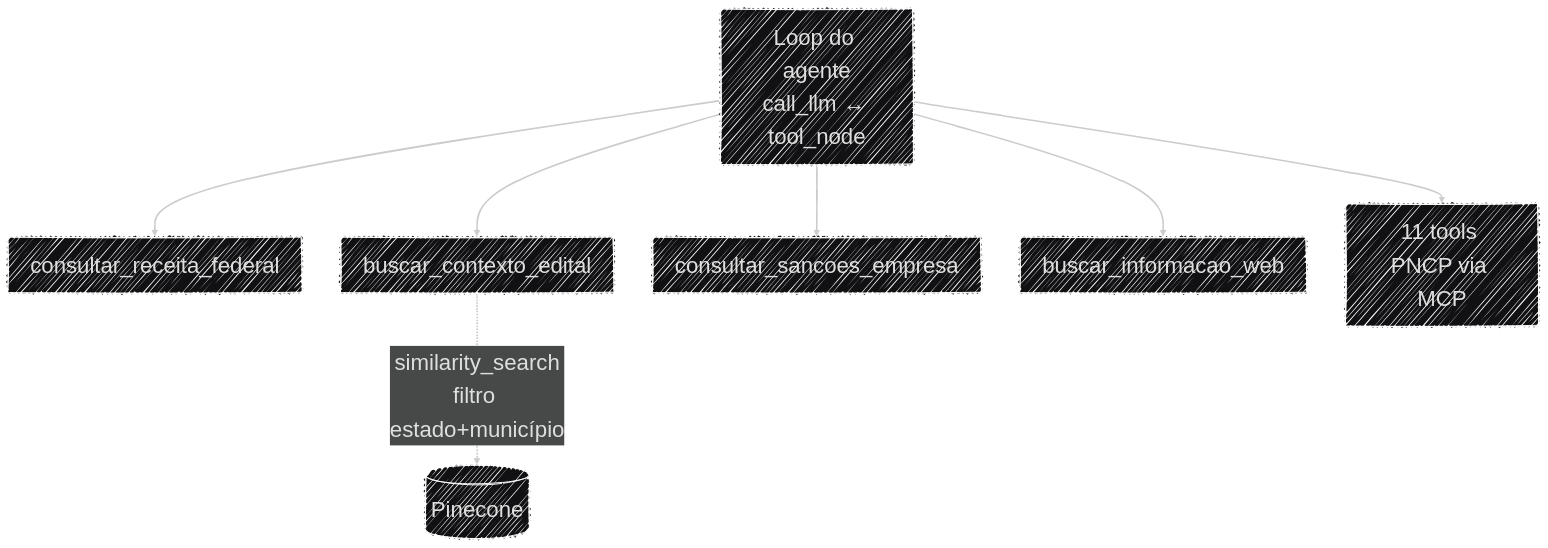
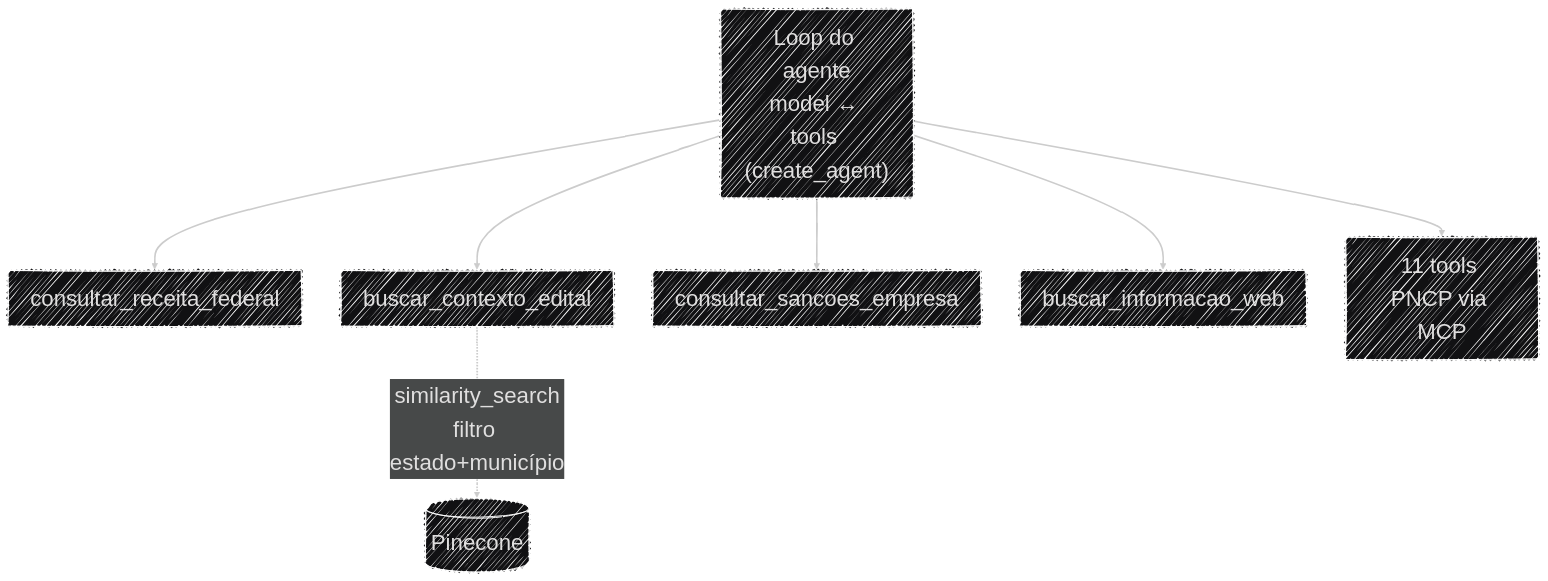
The third of 3 diagrams in docs/arquitetura/fluxo_dados.md (Moreira-89/auditor-cidadao), drawn with Mermaid before and after one commit. The commit also changed other lines of this file and 15 other files, not shown here.

````diff
--- a/docs/arquitetura/fluxo_dados.md
+++ b/docs/arquitetura/fluxo_dados.md
@@ -71,19 +71,19 @@
 ```mermaid
 ---
 config:
   layout: dagre
   theme: redux-dark
   look: handDrawn
   fontFamily: '''Source Code Pro Variable'', monospace'
   themeVariables:
     fontFamily: '''Source Code Pro Variable'', monospace'
     fontSize: '30px'
 ---
 flowchart TB
-    AGENTE["Loop do agente<br>call_llm ↔ tool_node"] --> RF["consultar_receita_federal"]
+    AGENTE["Loop do agente<br>model ↔ tools (create_agent)"] --> RF["consultar_receita_federal"]
     AGENTE --> RAG["buscar_contexto_edital"]
     AGENTE --> SANC["consultar_sancoes_empresa"]
     AGENTE --> WEB["buscar_informacao_web"]
     AGENTE --> MCP["11 tools PNCP via MCP"]
     RAG -.->|"similarity_search<br>filtro estado+município"| PC[("Pinecone")]
 ```
````
